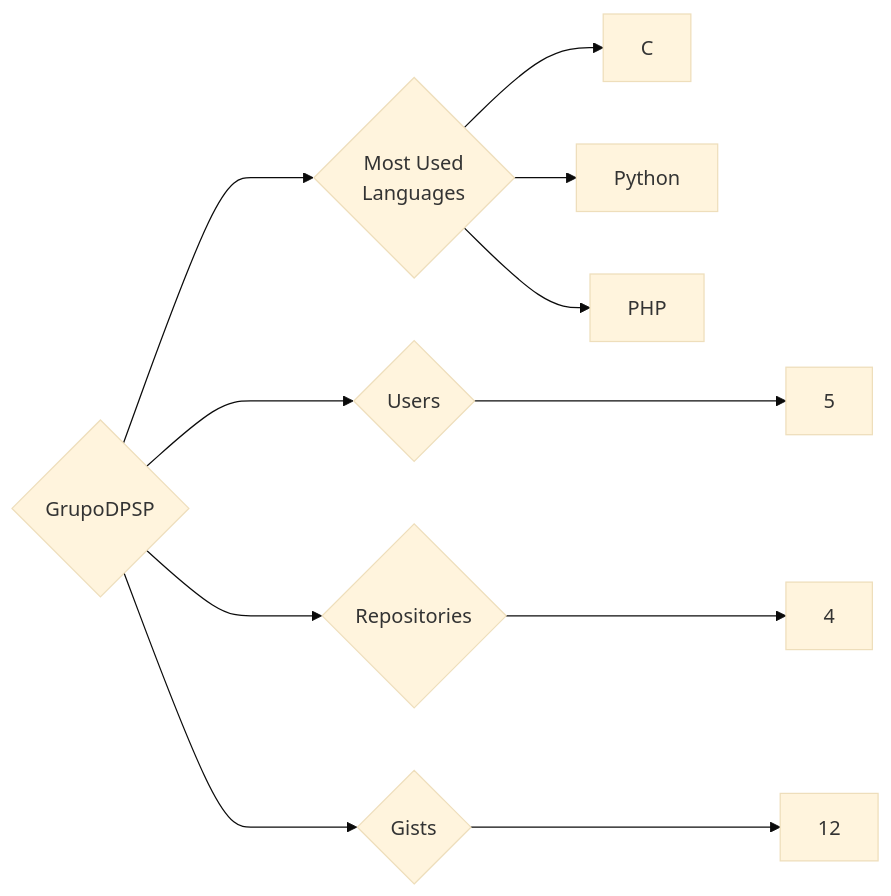
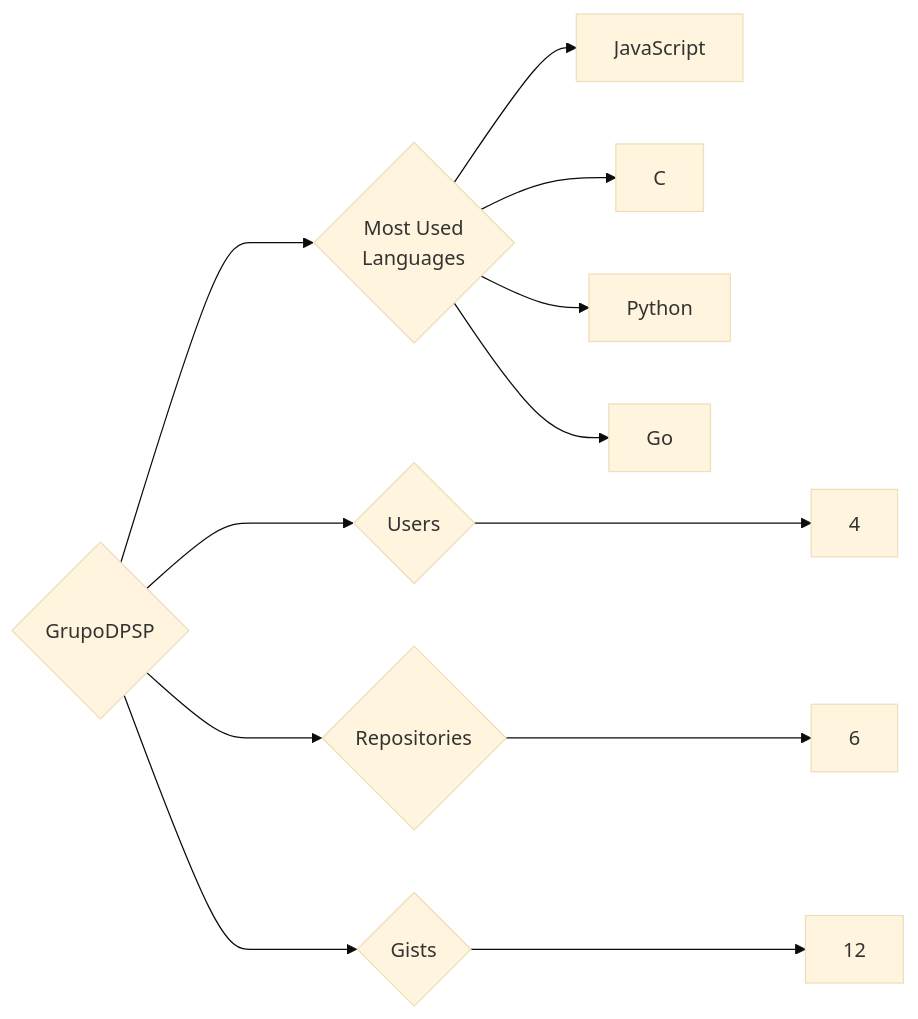
Before and after one commit to trickest/insiders: the diagram in targets/GrupoDPSP/README.md, drawn with Mermaid (base theme). The commit also changed 776 other files, not shown here.

````diff
--- a/targets/GrupoDPSP/README.md
+++ b/targets/GrupoDPSP/README.md
@@ -3,11 +3,12 @@
 ```mermaid
 graph LR
 COMPANY_NAME{GrupoDPSP}
-COMPANY_NAME ---> U{Users} ---> UN[5]
-COMPANY_NAME ---> R{Repositories} ---> RN[4]
+COMPANY_NAME ---> U{Users} ---> UN[4]
+COMPANY_NAME ---> R{Repositories} ---> RN[6]
 COMPANY_NAME ---> G{Gists} ---> GN[12]
 COMPANY_NAME ---> ML{Most Used<br>Languages}
+ML --> JavaScript[JavaScript]
 ML --> C[C]
 ML --> Python[Python]
-ML --> PHP[PHP]
+ML --> Go[Go]
 ```
````
